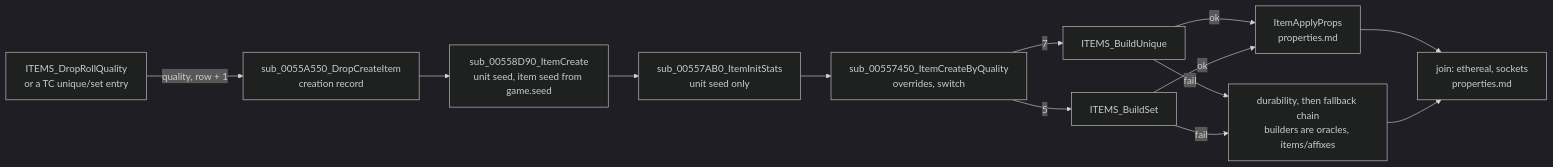
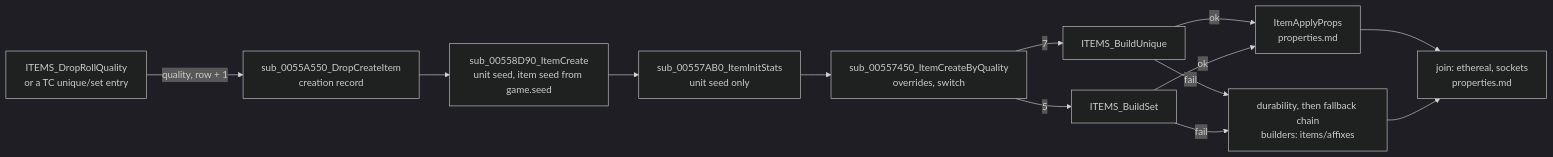
The first of 4 diagrams in docs/specs/items/uniques-sets.md (IgorKonovalov/diablo-2-recompilation), drawn with Mermaid (dark theme) before and after one commit. The commit also changed other lines of this file and 14 other files, not shown here.

Commit message:
docs(specs): plan 0048 Phase 3, chain/README (seed to world: call order, inputs by class with run 2's counts, entry contracts, four worked examples); retired oracles linked in 13 specs; re-creation marks in drlg/lifecycle H5

````diff
--- a/docs/specs/items/uniques-sets.md
+++ b/docs/specs/items/uniques-sets.md
@@ -25,15 +25,15 @@
 ```mermaid
 flowchart LR
   Q["ITEMS_DropRollQuality<br/>or a TC unique/set entry"] -->|"quality, row + 1"| D["sub_0055A550_DropCreateItem<br/>creation record"]
   D --> IC["sub_00558D90_ItemCreate<br/>unit seed, item seed from game.seed"]
   IC --> IS["sub_00557AB0_ItemInitStats<br/>unit seed only"]
   IS --> CB["sub_00557450_ItemCreateByQuality<br/>overrides, switch"]
   CB -->|7| BU["ITEMS_BuildUnique"]
   CB -->|5| BS["ITEMS_BuildSet"]
   BU -->|ok| P["ItemApplyProps<br/>properties.md"]
   BS -->|ok| P
-  BU -->|fail| FB["durability, then fallback chain<br/>builders are oracles, items/affixes"]
+  BU -->|fail| FB["durability, then fallback chain<br/>builders: items/affixes"]
   BS -->|fail| FB
   P --> J["join: ethereal, sockets<br/>properties.md"]
   FB --> J
 ```
````
